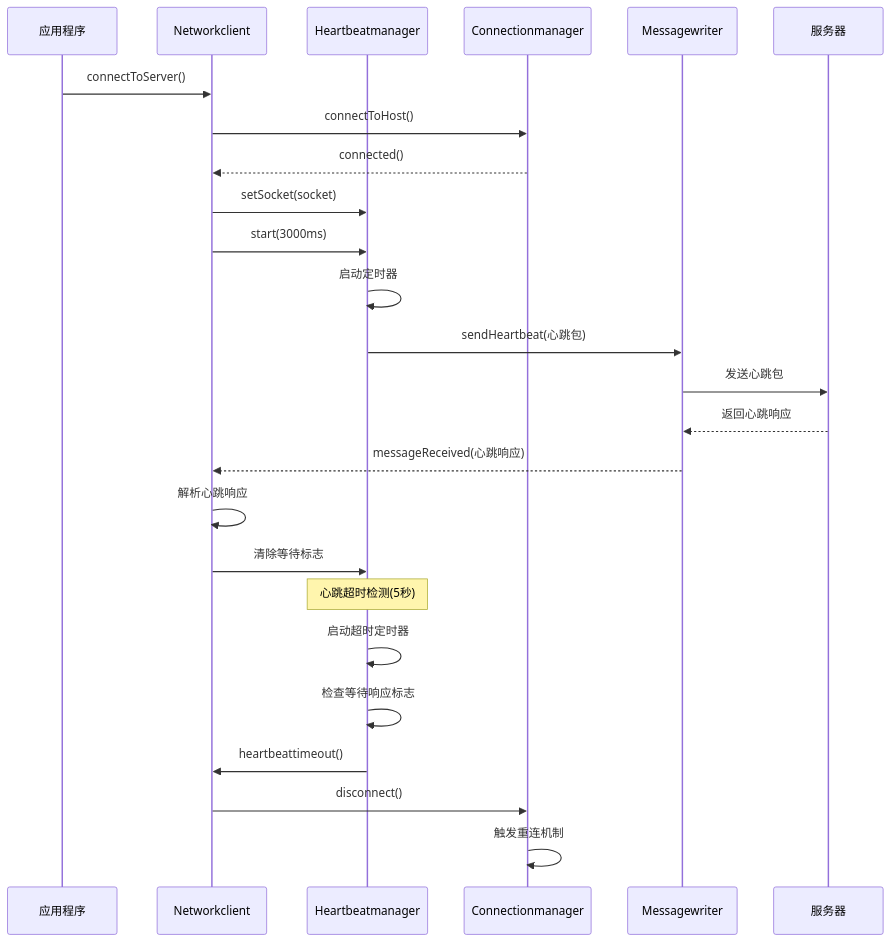
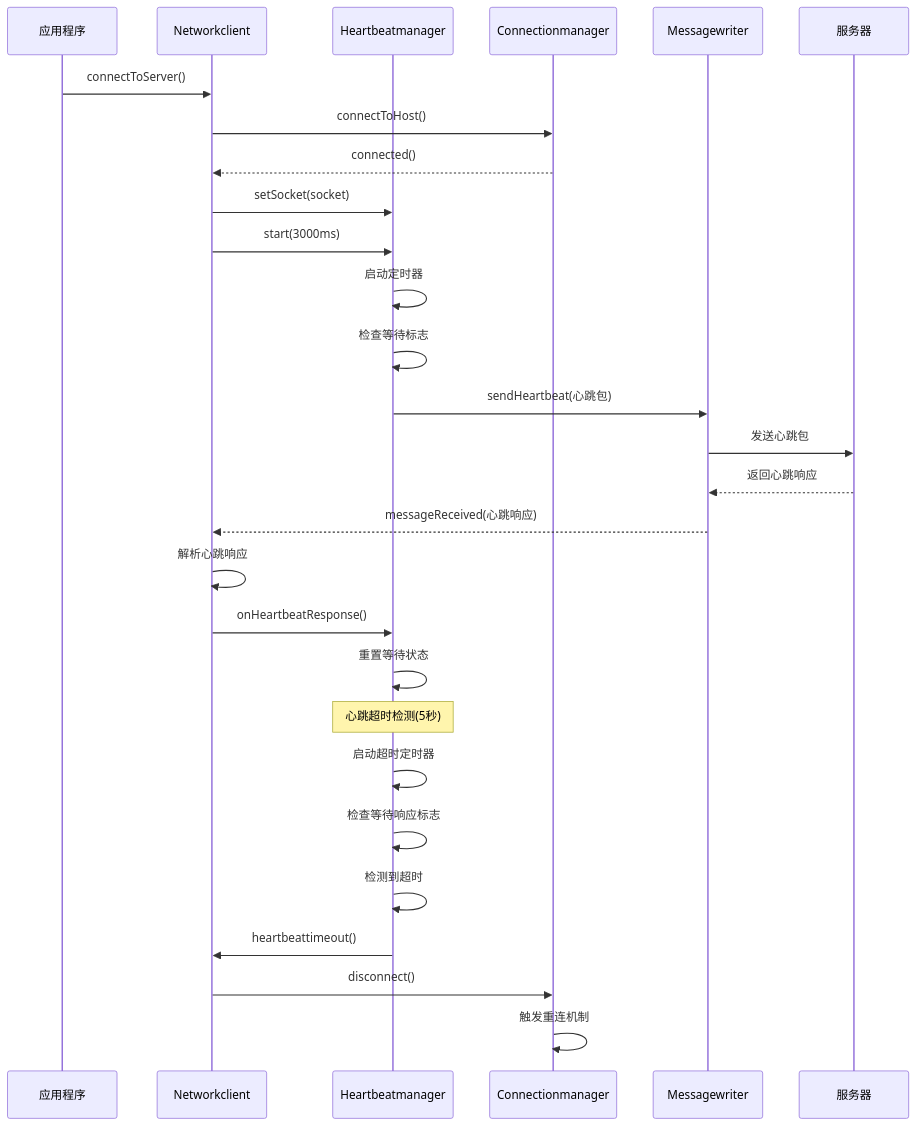
The third of 8 diagrams in .qoder/repowiki/zh/content/核心模块/网络客户端模块/心跳管理器.md (HeQiTZD/Triple-terminal-Attendance-Punching-System), drawn with Mermaid before and after one commit. The commit also changed other lines of this file and 47 other files, not shown here.

````diff
--- a/.qoder/repowiki/zh/content/核心模块/网络客户端模块/心跳管理器.md
+++ b/.qoder/repowiki/zh/content/核心模块/网络客户端模块/心跳管理器.md
@@ -163,27 +173,30 @@
 ```mermaid
 sequenceDiagram
 participant App as 应用程序
 participant NC as Networkclient
 participant HB as Heartbeatmanager
 participant CM as Connectionmanager
 participant MW as Messagewriter
 participant Server as 服务器
 App->>NC : connectToServer()
 NC->>CM : connectToHost()
 CM-->>NC : connected()
 NC->>HB : setSocket(socket)
 NC->>HB : start(3000ms)
 HB->>HB : 启动定时器
+HB->>HB : 检查等待标志
 HB->>MW : sendHeartbeat(心跳包)
 MW->>Server : 发送心跳包
 Server-->>MW : 返回心跳响应
 MW-->>NC : messageReceived(心跳响应)
 NC->>NC : 解析心跳响应
-NC->>HB : 清除等待标志
+NC->>HB : onHeartbeatResponse()
+HB->>HB : 重置等待状态
 Note over HB : 心跳超时检测(5秒)
 HB->>HB : 启动超时定时器
 HB->>HB : 检查等待响应标志
+HB->>HB : 检测到超时
 HB->>NC : heartbeattimeout()
 NC->>CM : disconnect()
 CM->>CM : 触发重连机制
 ```
````
